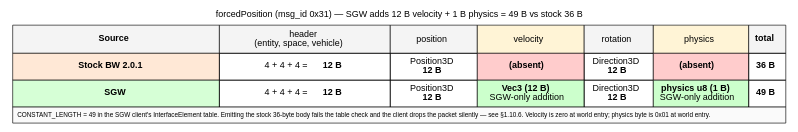
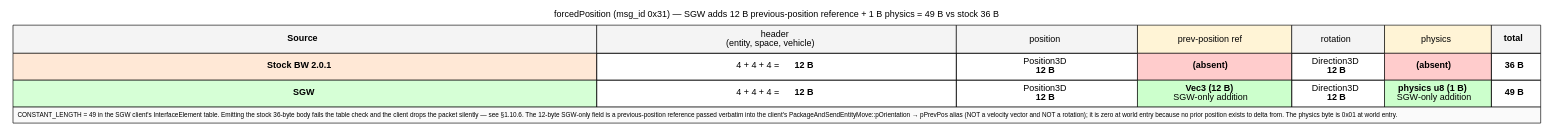
One commit to SandboxServers/Cimmeria changed the diagram in docs/drafts/spec/figures/sources/mercury-23-forcedposition-sgw-vs-stockbw.dot. Above: the diagram before and after it, drawn with Graphviz. The commit also changed 14 other files, not shown here.

```diff
--- a/docs/drafts/spec/figures/sources/mercury-23-forcedposition-sgw-vs-stockbw.dot
+++ b/docs/drafts/spec/figures/sources/mercury-23-forcedposition-sgw-vs-stockbw.dot
@@ -1,38 +1,38 @@
 digraph G {
   rankdir=LR
   node [shape=plaintext fontname=Helvetica]
-  graph [label="forcedPosition (msg_id 0x31) — SGW adds 12 B velocity + 1 B physics = 49 B vs stock 36 B" labelloc=t fontsize=14 fontname=Helvetica]
+  graph [label="forcedPosition (msg_id 0x31) — SGW adds 12 B previous-position reference + 1 B physics = 49 B vs stock 36 B" labelloc=t fontsize=14 fontname=Helvetica]
 
   layout [label=<
     <TABLE BORDER="0" CELLBORDER="1" CELLSPACING="0" CELLPADDING="6">
       <TR>
         <TD BGCOLOR="#f4f4f4"><B>Source</B></TD>
         <TD BGCOLOR="#f4f4f4">header<BR/>(entity, space, vehicle)</TD>
         <TD BGCOLOR="#f4f4f4">position</TD>
-        <TD BGCOLOR="#fff4d6">velocity</TD>
+        <TD BGCOLOR="#fff4d6">prev-position ref</TD>
         <TD BGCOLOR="#f4f4f4">rotation</TD>
         <TD BGCOLOR="#fff4d6">physics</TD>
         <TD BGCOLOR="#f4f4f4"><B>total</B></TD>
       </TR>
       <TR>
         <TD BGCOLOR="#ffe8d6"><B>Stock BW 2.0.1</B></TD>
         <TD>4 + 4 + 4 = <B>12 B</B></TD>
         <TD>Position3D<BR/><B>12 B</B></TD>
         <TD BGCOLOR="#ffcccc"><B>(absent)</B></TD>
         <TD>Direction3D<BR/><B>12 B</B></TD>
         <TD BGCOLOR="#ffcccc"><B>(absent)</B></TD>
         <TD><B>36 B</B></TD>
       </TR>
       <TR>
         <TD BGCOLOR="#d6ffd6"><B>SGW</B></TD>
         <TD>4 + 4 + 4 = <B>12 B</B></TD>
         <TD>Position3D<BR/><B>12 B</B></TD>
         <TD BGCOLOR="#ccffcc"><B>Vec3 (12 B)</B><BR/>SGW-only addition</TD>
         <TD>Direction3D<BR/><B>12 B</B></TD>
         <TD BGCOLOR="#ccffcc"><B>physics u8 (1 B)</B><BR/>SGW-only addition</TD>
         <TD><B>49 B</B></TD>
       </TR>
-      <TR><TD COLSPAN="7" BGCOLOR="#fafafa"><FONT POINT-SIZE="10">CONSTANT_LENGTH = 49 in the SGW client's InterfaceElement table. Emitting the stock 36-byte body fails the table check and the client drops the packet silently — see §1.10.6. Velocity is zero at world entry; physics byte is 0x01 at world entry.</FONT></TD></TR>
+      <TR><TD COLSPAN="7" BGCOLOR="#fafafa"><FONT POINT-SIZE="10">CONSTANT_LENGTH = 49 in the SGW client's InterfaceElement table. Emitting the stock 36-byte body fails the table check and the client drops the packet silently — see §1.10.6. The 12-byte SGW-only field is a previous-position reference passed verbatim into the client's PackageAndSendEntityMove::pOrientation → pPrevPos alias (NOT a velocity vector and NOT a rotation); it is zero at world entry because no prior position exists to delta from. The physics byte is 0x01 at world entry.</FONT></TD></TR>
     </TABLE>
   >]
 }
```
